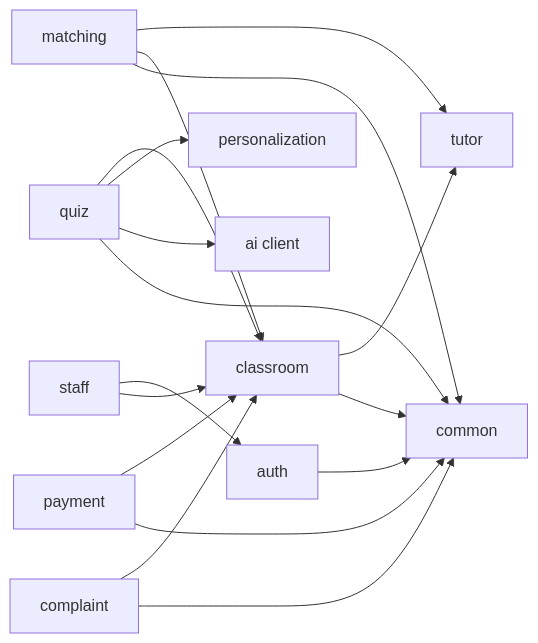
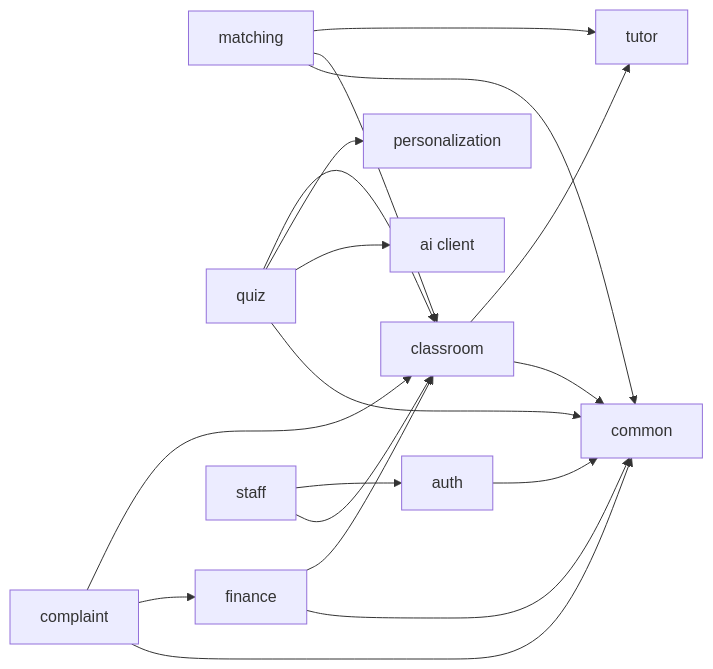
One commit to quangnguyenviet/English-tutor-platform-final-project-2026 changed the second of 8 diagrams in docs/project/ARCHITECTURE.md. Above: the diagram before and after it, drawn with Mermaid. The commit also changed other lines of this file and 4 other files, not shown here.

````diff
--- a/docs/project/ARCHITECTURE.md
+++ b/docs/project/ARCHITECTURE.md
@@ -103,19 +106,20 @@
 ```mermaid
 graph LR
     matching --> tutor
     matching --> classroom
     classroom --> tutor
     quiz --> classroom
     quiz --> personalization
     quiz --> AIClient["ai client"]
-    payment --> classroom
+    finance --> classroom
     complaint --> classroom
+    complaint --> finance
     staff --> auth
     staff --> classroom
     auth --> common
     matching --> common
     classroom --> common
     quiz --> common
-    payment --> common
+    finance --> common
     complaint --> common
 ```
````
